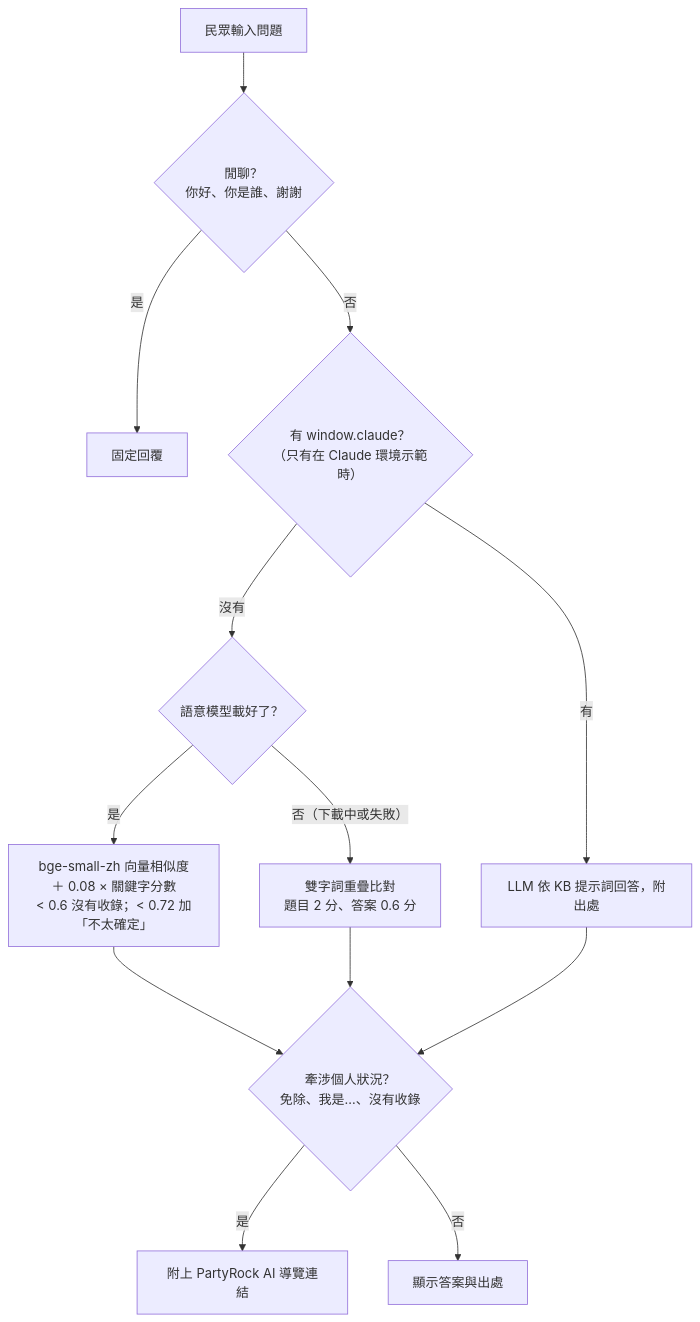
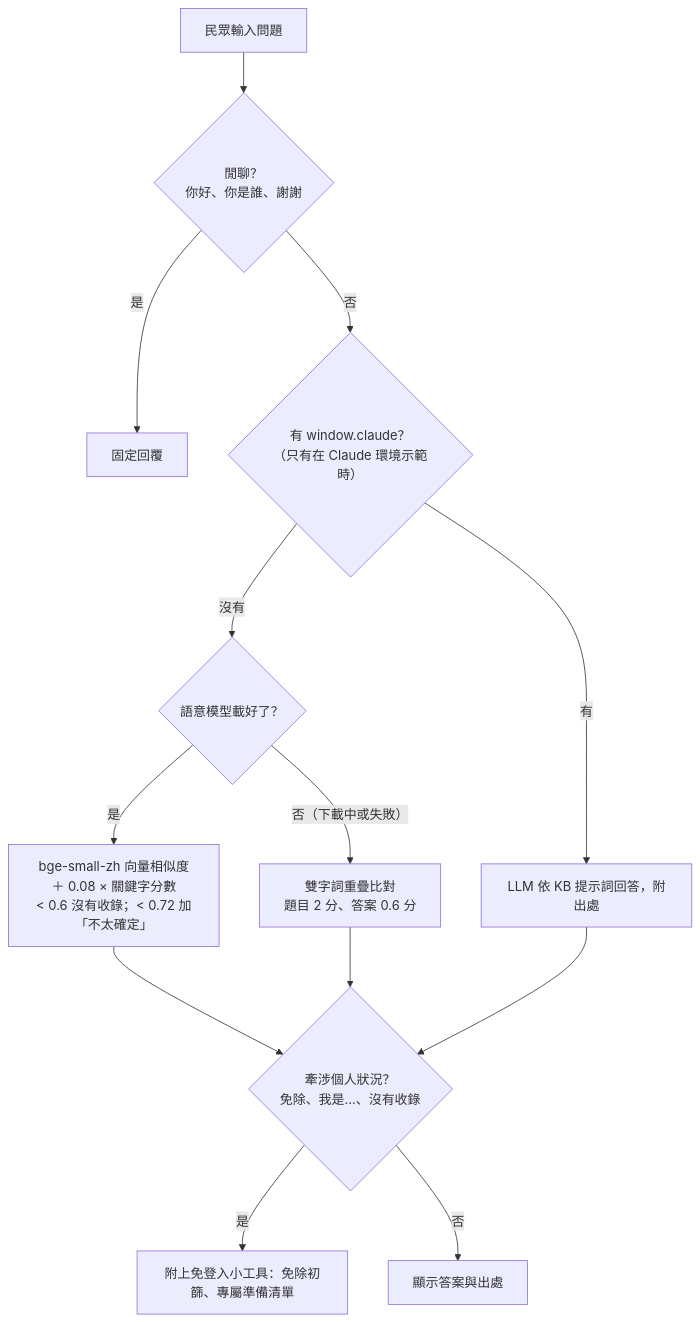
Before and after one commit to ammieliu-jpg/juror-preview: the fourth of 7 diagrams in docs/ARCHITECTURE.md, drawn with Mermaid. The commit also changed other lines of this file and 15 other files, not shown here.

````diff
--- a/docs/ARCHITECTURE.md
+++ b/docs/ARCHITECTURE.md
@@ -152,13 +159,13 @@
 ```mermaid
 flowchart TD
   Q["民眾輸入問題"] --> A{"閒聊？<br/>你好、你是誰、謝謝"}
   A -->|是| A1["固定回覆"]
   A -->|否| B{"有 window.claude？<br/>（只有在 Claude 環境示範時）"}
   B -->|有| B1["LLM 依 KB 提示詞回答，附出處"]
   B -->|沒有| C{"語意模型載好了？"}
   C -->|是| C1["bge-small-zh 向量相似度<br/>＋ 0.08 × 關鍵字分數<br/>&lt; 0.6 沒有收錄；&lt; 0.72 加「不太確定」"]
   C -->|"否（下載中或失敗）"| D1["雙字詞重疊比對<br/>題目 2 分、答案 0.6 分"]
   C1 & D1 & B1 --> E{"牽涉個人狀況？<br/>免除、我是…、沒有收錄"}
-  E -->|是| F["附上 PartyRock AI 導覽連結"]
+  E -->|是| F["附上免登入小工具：免除初篩、專屬準備清單"]
   E -->|否| G["顯示答案與出處"]
 ```
````
